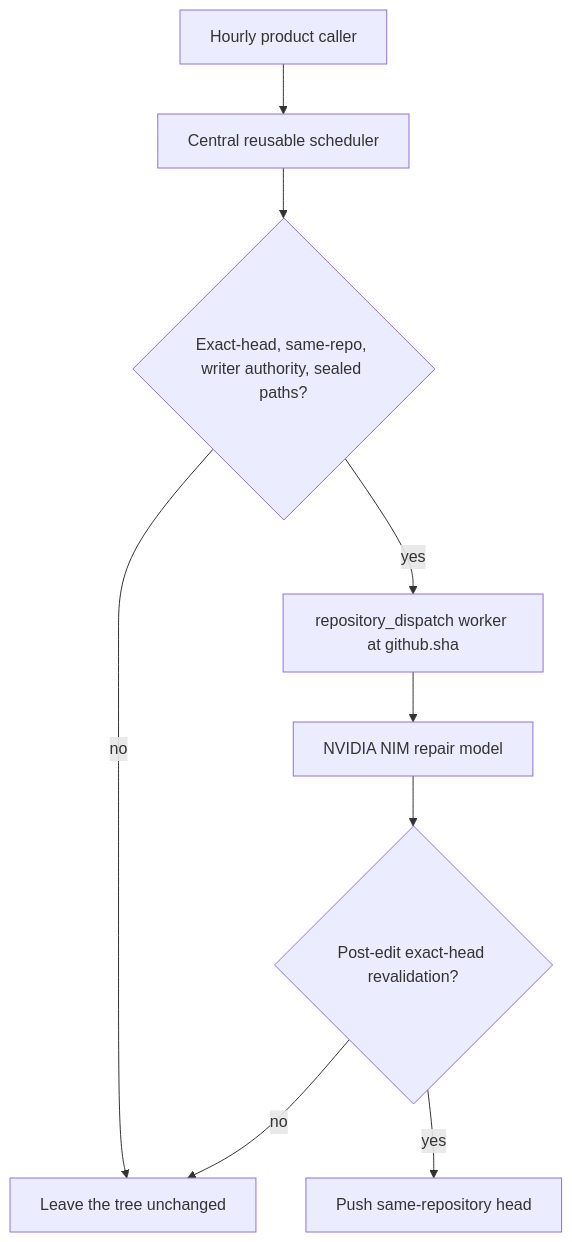
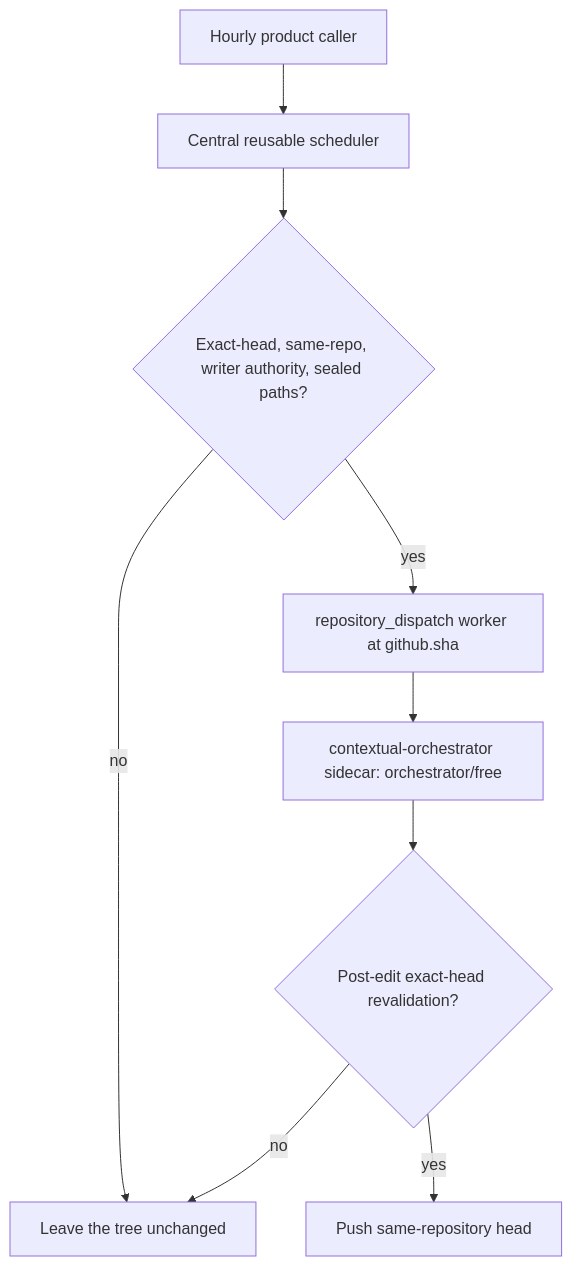
One commit to ContextualWisdomLab/.github changed the second of 4 diagrams in ARCHITECTURE.md. Above: the diagram before and after it, drawn with Mermaid. The commit also changed other lines of this file and 5 other files, not shown here.

First line of the commit message:
fix(ci): align review-repair quality gate with contextual orchestrator (#1583)

````diff
--- a/ARCHITECTURE.md
+++ b/ARCHITECTURE.md
@@ -53,20 +53,20 @@
 ```mermaid
 flowchart TD
   Hour["Hourly product caller"]
   Sched["Central reusable scheduler"]
   Bind{"Exact-head, same-repo, writer authority, sealed paths?"}
   Worker["repository_dispatch worker at github.sha"]
-  NIM["NVIDIA NIM repair model"]
+  Gateway["contextual-orchestrator sidecar: orchestrator/free"]
   Recheck{"Post-edit exact-head revalidation?"}
   Push["Push same-repository head"]
   Hold["Leave the tree unchanged"]
 
   Hour --> Sched
   Sched --> Bind
   Bind -->|"no"| Hold
   Bind -->|"yes"| Worker
-  Worker --> NIM
-  NIM --> Recheck
+  Worker --> Gateway
+  Gateway --> Recheck
   Recheck -->|"no"| Hold
   Recheck -->|"yes"| Push
 ```
````
